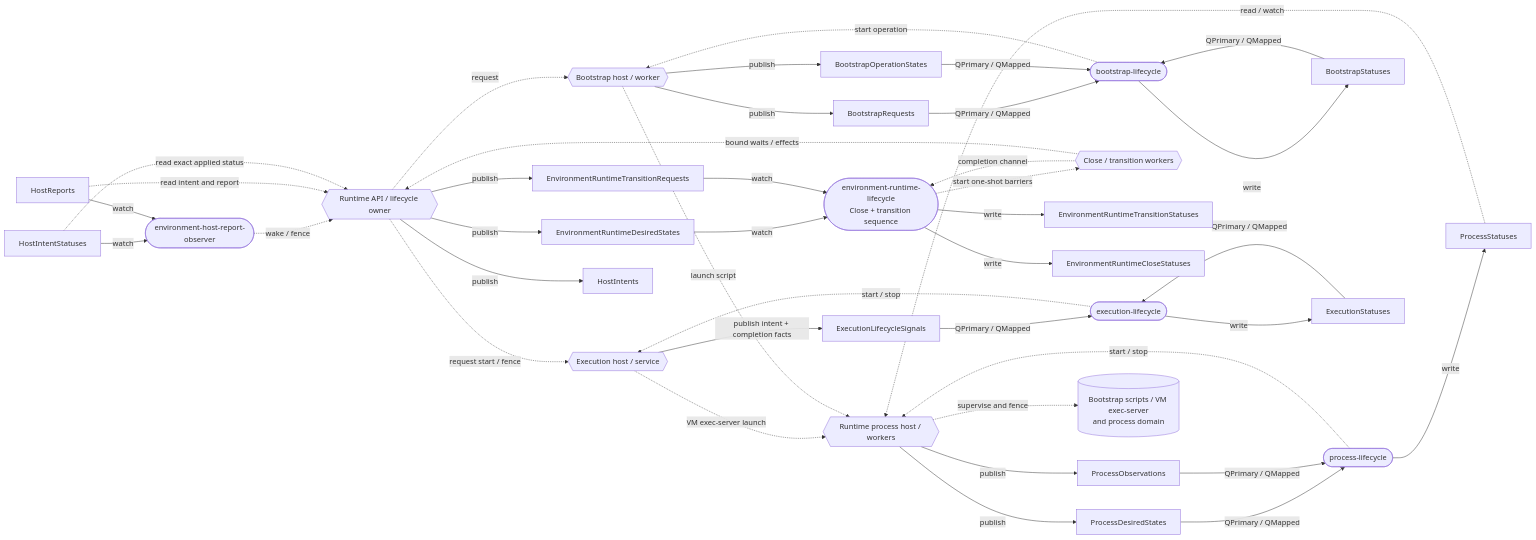
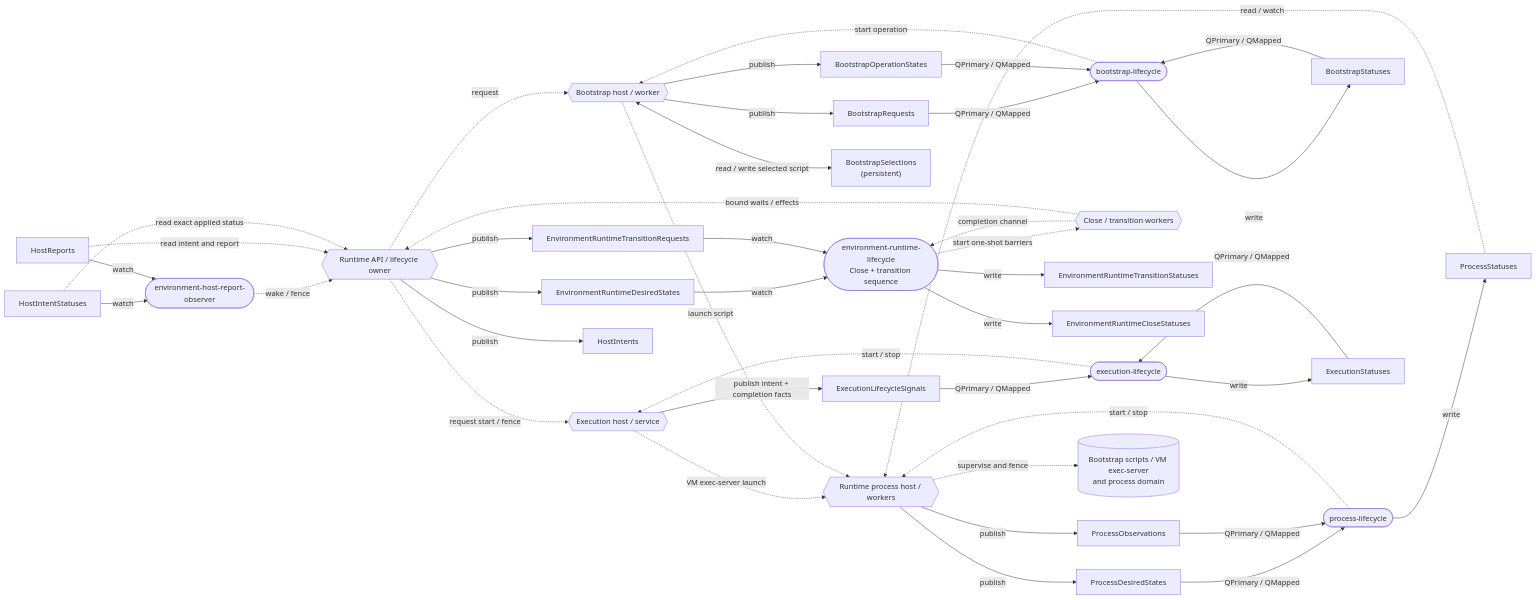
The first of 7 diagrams in agentplane/env/runtime/docs/cosi.md (agentydragon/ducktape), drawn with Mermaid before and after one commit. The commit also changed other lines of this file and 1 other file, not shown here.

Commit message:
Update environment COSI lifecycle diagrams

````diff
--- a/agentplane/env/runtime/docs/cosi.md
+++ b/agentplane/env/runtime/docs/cosi.md
@@ -19,58 +19,60 @@
 ```mermaid
 flowchart LR
   API{{"Runtime API / lifecycle owner"}}
   BH{{"Bootstrap host / worker"}}
   PH{{"Runtime process host / workers"}}
   RC(["environment-runtime-lifecycle<br/>Close + transition sequence"])
   HO(["environment-host-report-observer"])
   BC(["bootstrap-lifecycle"])
   PC(["process-lifecycle"])
   EC(["execution-lifecycle"])
   EH{{"Execution host / service"}}
   CW{{"Close / transition workers"}}
   ED["EnvironmentRuntimeDesiredStates"]
   TR["EnvironmentRuntimeTransitionRequests"]
   TS["EnvironmentRuntimeTransitionStatuses"]
   CL["EnvironmentRuntimeCloseStatuses"]
   I["HostIntents"]
   IS["HostIntentStatuses"]
   R["HostReports"]
   BI["BootstrapRequests"]
+  BS["BootstrapSelections<br/>(persistent)"]
   BO["BootstrapOperationStates"]
   BR["BootstrapStatuses"]
   PD["ProcessDesiredStates"]
   PI["ProcessObservations"]
   PS["ProcessStatuses"]
   EI["ExecutionLifecycleSignals"]
   ER["ExecutionStatuses"]
   Native[("Bootstrap scripts / VM exec-server<br/>and process domain")]
 
   API -->|publish| ED & TR & I
   ED & TR -->|watch| RC
   RC -->|write| CL & TS
   RC -.->|start one-shot barriers| CW
   CW -.->|completion channel| RC
   CW -.->|bound waits / effects| API
   API -.->|request start / fence| EH
   EH -->|publish intent + completion facts| EI
   EI & ER -->|QPrimary / QMapped| EC
   EC -->|write| ER
   EC -.->|start / stop| EH
   EH -.->|VM exec-server launch| PH
   IS & R -->|watch| HO
   HO -.->|wake / fence| API
   R -.->|read intent and report| API
   IS -.->|read exact applied status| API
   API -.->|request| BH
+  BH <-->|read / write selected script| BS
   BH -->|publish| BI & BO
   BI & BO & BR -->|QPrimary / QMapped| BC
   BC -->|write| BR
   BC -.->|start operation| BH
   BH -.->|launch script| PH
   PH -->|publish| PD & PI
   PD & PI -->|QPrimary / QMapped| PC
   PC -->|write| PS
   PC -.->|start / stop| PH
   PH -.->|supervise and fence| Native
   PS -.->|read / watch| PH
 ```
````
